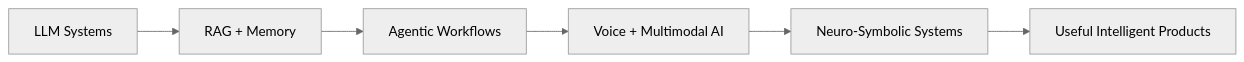
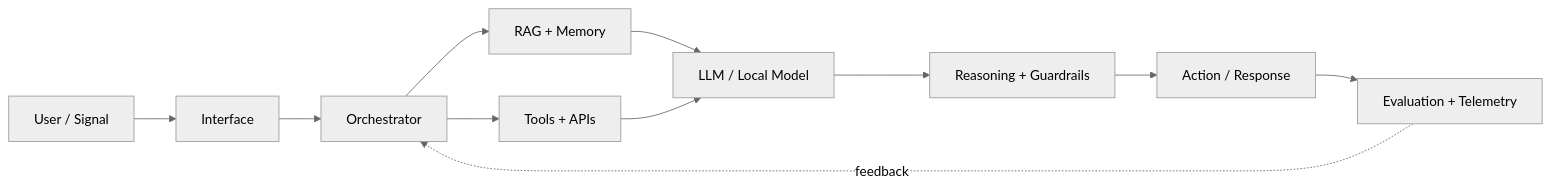
One commit to Aravindh-dev12/Aravindh-dev12 changed the diagram in README.md. Above: the diagram before and after it, drawn with Mermaid (neutral theme). The commit also changed other lines of this file, not shown here.

````diff
--- a/README.md
+++ b/README.md
@@ -160,8 +80,13 @@
 ```mermaid
 flowchart LR
-    A[LLM Systems] --> B[RAG + Memory]
-    B --> C[Agentic Workflows]
-    C --> D[Voice + Multimodal AI]
-    D --> E[Neuro-Symbolic Systems]
-    E --> F[Useful Intelligent Products]
+    U[User / Signal] --> I[Interface]
+    I --> O[Orchestrator]
+    O --> R[RAG + Memory]
+    O --> T[Tools + APIs]
+    R --> M[LLM / Local Model]
+    T --> M
+    M --> G[Reasoning + Guardrails]
+    G --> A[Action / Response]
+    A --> E[Evaluation + Telemetry]
+    E -. feedback .-> O
 ```
````
